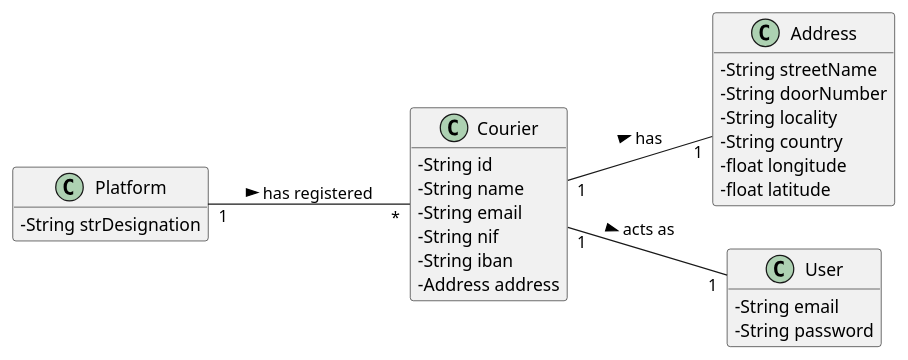
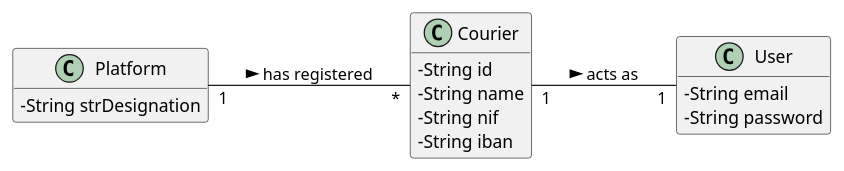
Before and after one commit to tiagoavcosta25/LAPR3: the diagram in docs/Iteration 1/Courier Management/US19_RegisterCourier/US19_DM.puml, drawn with PlantUML. The commit also changed 12 other files, not shown here.

```diff
--- a/docs/Iteration 1/Courier Management/US19_RegisterCourier/US19_DM.puml
+++ b/docs/Iteration 1/Courier Management/US19_RegisterCourier/US19_DM.puml
@@ -1,39 +1,26 @@
 @startuml
 skinparam classAttributeIconSize 0
 hide methods
 left to right direction
 
 class Platform {
   -String strDesignation
 }
 
 class Courier {
       -String id
       -String name
-      -String email
       -String nif
       -String iban
-      -Address address
 }
 
-
-class Address{
-  -String streetName
-  -String doorNumber
-  -String locality
-  -String country
-  -float longitude
-  -float latitude
-
-}
 
 class User{
   -String email
   -String password
 }
 
 
 Platform "1" -- "*" Courier : has registered >
-Courier "1" -- "1" Address: has  >
 Courier "1" -- "1" User: acts as  >
 @enduml
```
